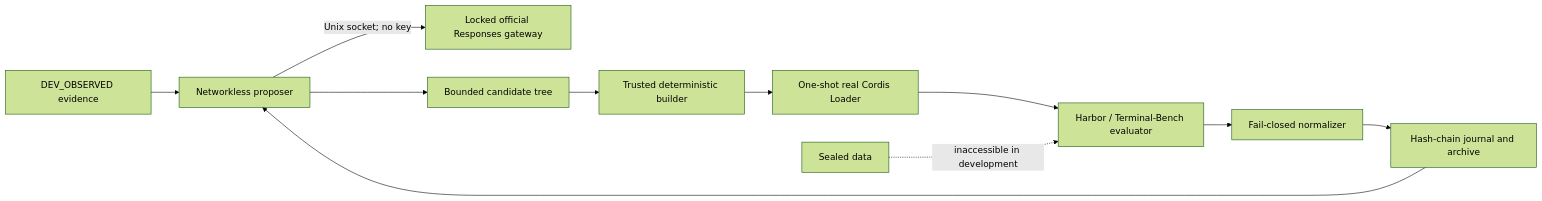
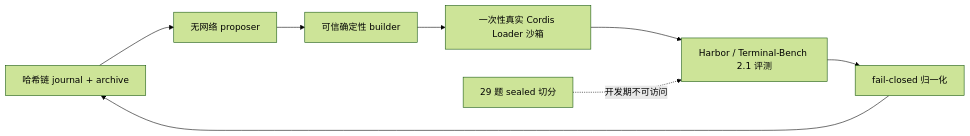
One commit to xingye12/dsh-evolve-le changed the diagram in README.zh-CN.md. Above: the diagram before and after it, drawn with Mermaid (forest theme). The commit also changed other lines of this file and 19 other files, not shown here.

````diff
--- a/README.zh-CN.md
+++ b/README.zh-CN.md
@@ -26,13 +24,10 @@
 ```mermaid
 flowchart LR
-  E[DEV_OBSERVED evidence] --> P[Networkless proposer]
-  P -->|Unix socket; no key| G[Locked official Responses gateway]
-  P --> C[Bounded candidate tree]
-  C --> B[Trusted deterministic builder]
-  B --> L[One-shot real Cordis Loader]
-  L --> H[Harbor / Terminal-Bench evaluator]
-  H --> N[Fail-closed normalizer]
-  N --> J[Hash-chain journal and archive]
-  J --> P
-  S[Sealed data] -. inaccessible in development .-> H
+  J[哈希链 journal + archive] --> P[无网络 proposer]
+  P --> B[可信确定性 builder]
+  B --> L[一次性真实 Cordis Loader 沙箱]
+  L --> H[Harbor / Terminal-Bench 2.1 评测]
+  H --> N[fail-closed 归一化]
+  N --> J
+  S[29 题 sealed 切分] -. 开发期不可访问 .-> H
 ```
````
